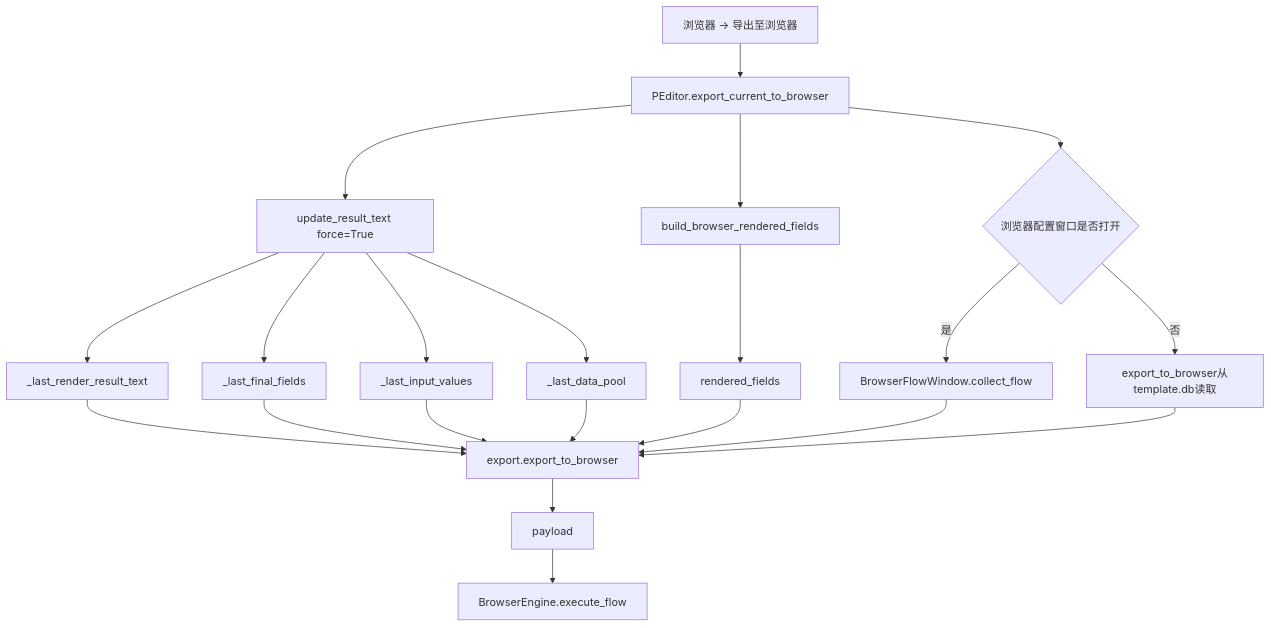
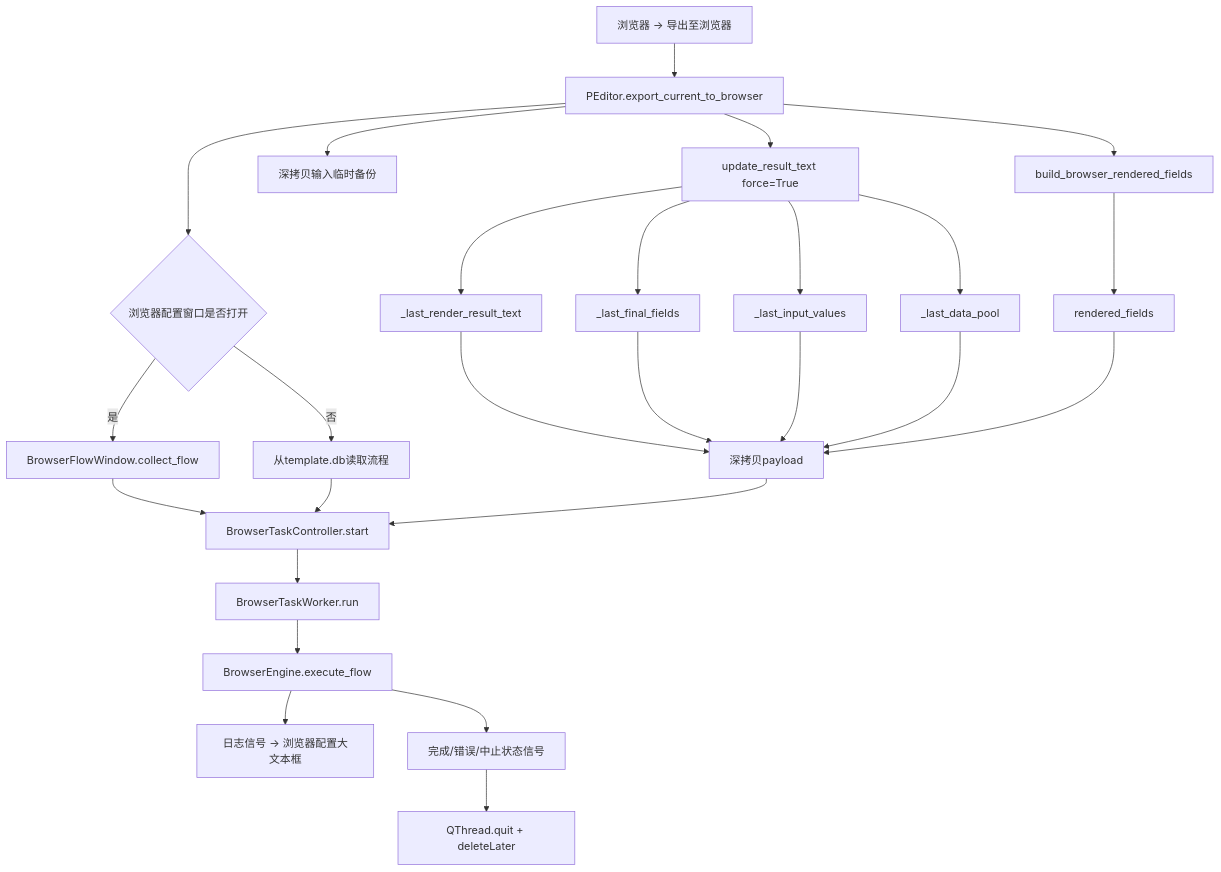
One commit to wcnd001/PEditor changed diagram 12 of 25 in 变量函数关系流程图.md. Above: the diagram before and after it, drawn with Mermaid. The commit also changed other lines of this file and 6 other files, not shown here.

````diff
--- a/变量函数关系流程图.md
+++ b/变量函数关系流程图.md
@@ -501,27 +534,31 @@
 ```mermaid
 flowchart TB
     CLICK[浏览器 → 导出至浏览器]
     CLICK --> FUNC[PEditor.export_current_to_browser]
     FUNC --> UPDATE[update_result_text force=True]
+    FUNC --> BACKUP[深拷贝输入临时备份]
     FUNC --> OPENFLOW{浏览器配置窗口是否打开}
     OPENFLOW -->|是| COLLECT[BrowserFlowWindow.collect_flow]
-    OPENFLOW -->|否| DBFLOW[export_to_browser从template.db读取]
+    OPENFLOW -->|否| DBFLOW[从template.db读取流程]
     FUNC --> RF[build_browser_rendered_fields]
 
     UPDATE --> RESULT[_last_render_result_text]
     UPDATE --> FINAL[_last_final_fields]
     UPDATE --> INPUT[_last_input_values]
     UPDATE --> POOL[_last_data_pool]
     RF --> RENDERED[rendered_fields]
 
-    RESULT --> EXPORT[export.export_to_browser]
-    FINAL --> EXPORT
-    INPUT --> EXPORT
-    POOL --> EXPORT
-    RENDERED --> EXPORT
-    COLLECT --> EXPORT
-    DBFLOW --> EXPORT
-
-    EXPORT --> PAYLOAD[payload]
-    PAYLOAD --> ENGINE[BrowserEngine.execute_flow]
+    RESULT --> SNAPSHOT[深拷贝payload]
+    FINAL --> SNAPSHOT
+    INPUT --> SNAPSHOT
+    POOL --> SNAPSHOT
+    RENDERED --> SNAPSHOT
+    COLLECT --> THREAD[BrowserTaskController.start]
+    DBFLOW --> THREAD
+    SNAPSHOT --> THREAD
+    THREAD --> WORKER[BrowserTaskWorker.run]
+    WORKER --> ENGINE[BrowserEngine.execute_flow]
+    ENGINE --> LOG[日志信号 → 浏览器配置大文本框]
+    ENGINE --> DONE[完成/错误/中止状态信号]
+    DONE --> CLEAN[QThread.quit + deleteLater]
 ```
````
